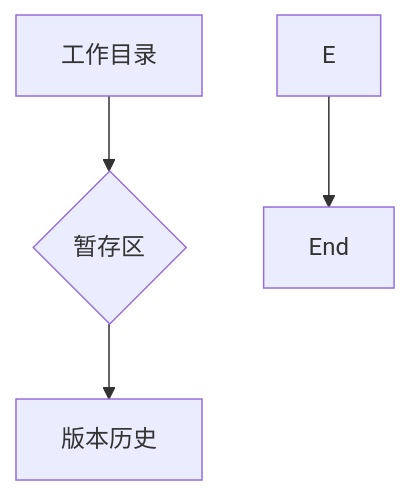
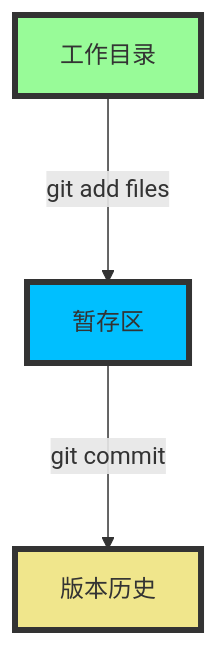
One commit to DustinCChen/learn_git changed the diagram in README.md. Above: the diagram before and after it, drawn with Mermaid. The commit also changed other lines of this file, not shown here.

````diff
--- a/README.md
+++ b/README.md
@@ -57,6 +58,8 @@
 ```mermaid
 graph TD;
-  A[工作目录] --> B{暂存区}
-  B -->C[版本历史]
-  E --> F[End]
+  style A fill:	#98FB98,stroke:#333,stroke-width:4px
+  A[工作目录] -- git add files ---> B[暂存区];
+  style B fill:#00BFFF,stroke:#333,stroke-width:4px
+  B -- git commit --->C[版本历史]
+  style C fill:#F0E68C,stroke:#333,stroke-width:4px
 ```
````
